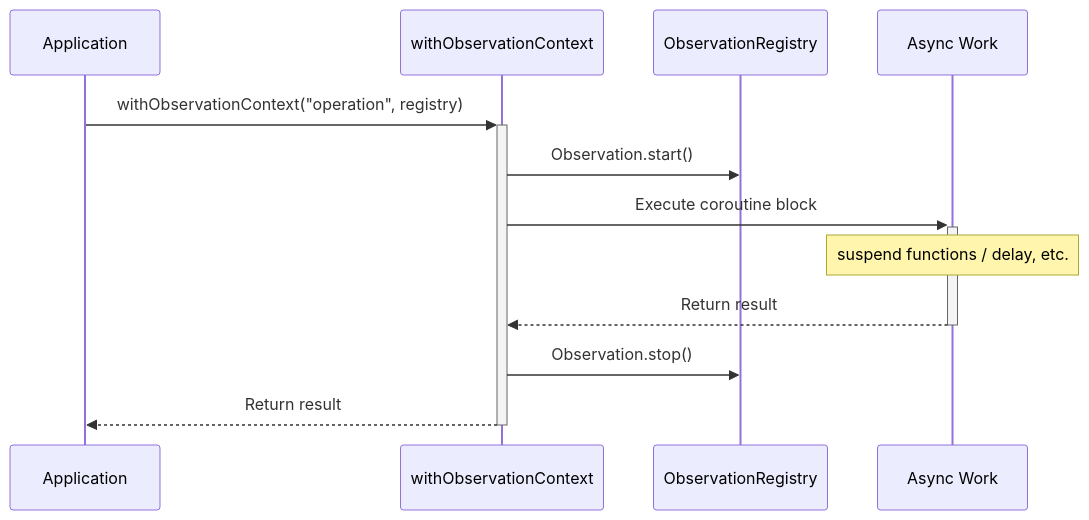
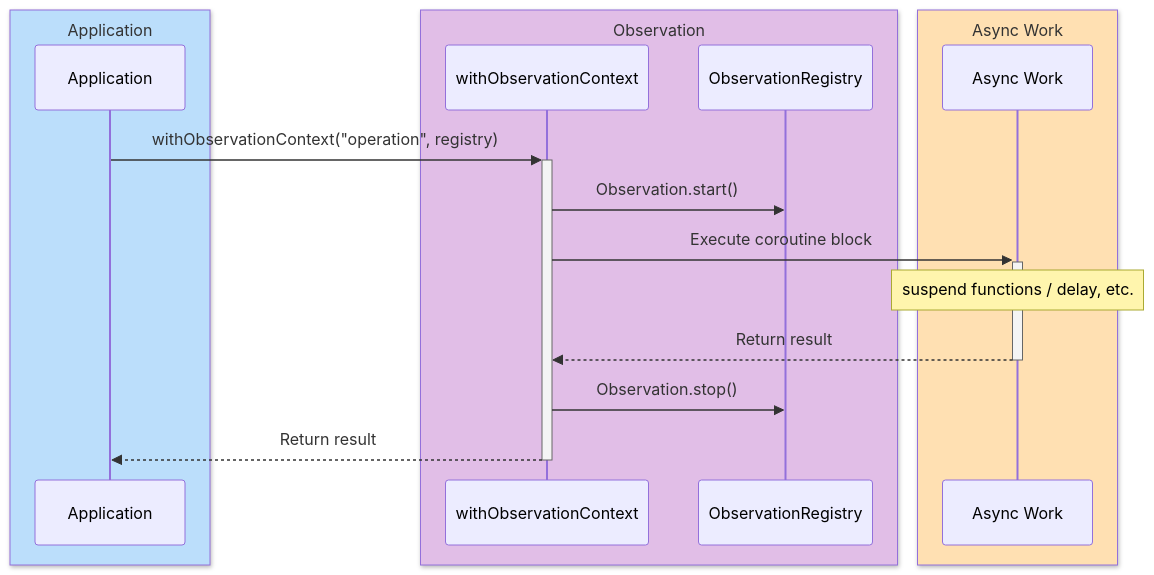
One commit to bluetape4k/bluetape4k-projects changed the fourth of 4 diagrams in infra/micrometer/README.md. Above: the diagram before and after it, drawn with Mermaid. The commit also changed other lines of this file and 221 other files, not shown here.

First line of the commit message:
docs: 전체 모듈 README UML 다이어그램 보강 및 색상 업그레이드

````diff
--- a/infra/micrometer/README.md
+++ b/infra/micrometer/README.md
@@ -341,15 +364,21 @@
 ```mermaid
 sequenceDiagram
+    box rgb(187,222,251) Application
     participant App as Application
+    end
+    box rgb(225,190,231) Observation
     participant Obs as withObservationContext
     participant Registry as ObservationRegistry
+    end
+    box rgb(255,224,178) Async Work
     participant Work as Async Work
+    end
 
     App->>+Obs: withObservationContext("operation", registry)
     Obs->>Registry: Observation.start()
     Obs->>+Work: Execute coroutine block
     Note over Work: suspend functions / delay, etc.
     Work-->>-Obs: Return result
     Obs->>Registry: Observation.stop()
     Obs-->>-App: Return result
 ```
````
